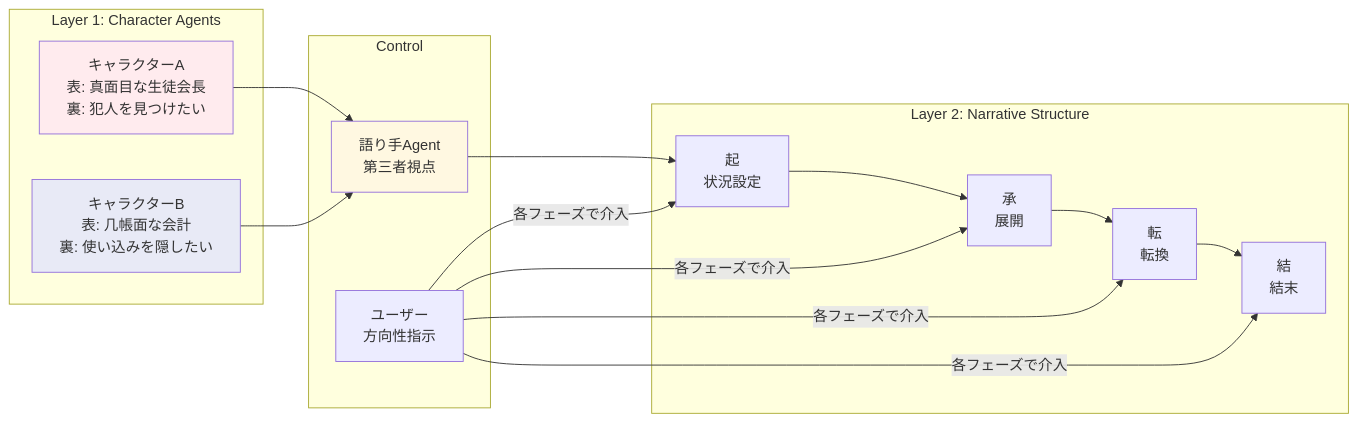
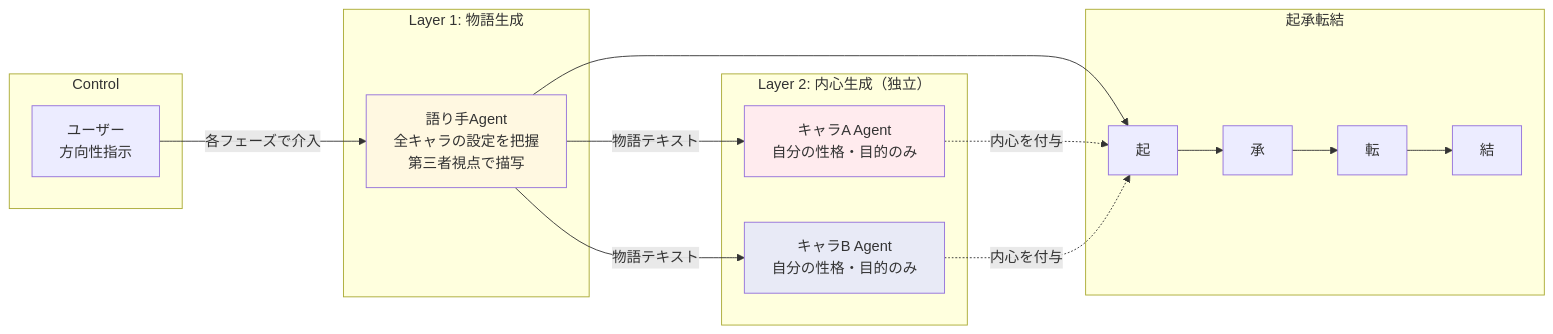
Before and after one commit to coralfish02/living-tale: the second of 2 diagrams in articles/435cab215d4f16.md, drawn with Mermaid. The commit also changed other lines of this file, not shown here.

Commit message:
fix: 記事の重大な不一致を修正 — アーキテクチャ実態に即した表現に統一（語り手→内心の一方向フロー）

````diff
--- a/articles/435cab215d4f16.md
+++ b/articles/435cab215d4f16.md
@@ -250,27 +250,28 @@
 ```mermaid
 graph LR
-    subgraph "Layer 1: Character Agents"
-        CA1[キャラクターA<br/>表: 真面目な生徒会長<br/>裏: 犯人を見つけたい]
-        CA2[キャラクターB<br/>表: 几帳面な会計<br/>裏: 使い込みを隠したい]
+    subgraph "Control"
+        User[ユーザー<br/>方向性指示]
     end
 
-    subgraph "Layer 2: Narrative Structure"
-        KI[起<br/>状況設定]
-        SHO[承<br/>展開]
-        TEN[転<br/>転換]
-        KETSU[結<br/>結末]
+    subgraph "Layer 1: 物語生成"
+        NarratorA[語り手Agent<br/>全キャラの設定を把握<br/>第三者視点で描写]
     end
 
-    subgraph "Control"
-        User[ユーザー<br/>方向性指示]
-        NarratorA[語り手Agent<br/>第三者視点]
+    subgraph "Layer 2: 内心生成（独立）"
+        CA1[キャラA Agent<br/>自分の性格・目的のみ]
+        CA2[キャラB Agent<br/>自分の性格・目的のみ]
     end
 
-    CA1 & CA2 --> NarratorA
-    NarratorA --> KI --> SHO --> TEN --> KETSU
-    User -->|各フェーズで介入| KI & SHO & TEN & KETSU
+    subgraph "起承転結"
+        KI[起] --> SHO[承] --> TEN[転] --> KETSU[結]
+    end
 
+    User -->|各フェーズで介入| NarratorA
+    NarratorA -->|物語テキスト| CA1 & CA2
+    NarratorA --> KI
+    CA1 & CA2 -.->|内心を付与| KI
+
+    style NarratorA fill:#FFF8E1
     style CA1 fill:#FFEBEE
     style CA2 fill:#E8EAF6
-    style NarratorA fill:#FFF8E1
 ```
````
